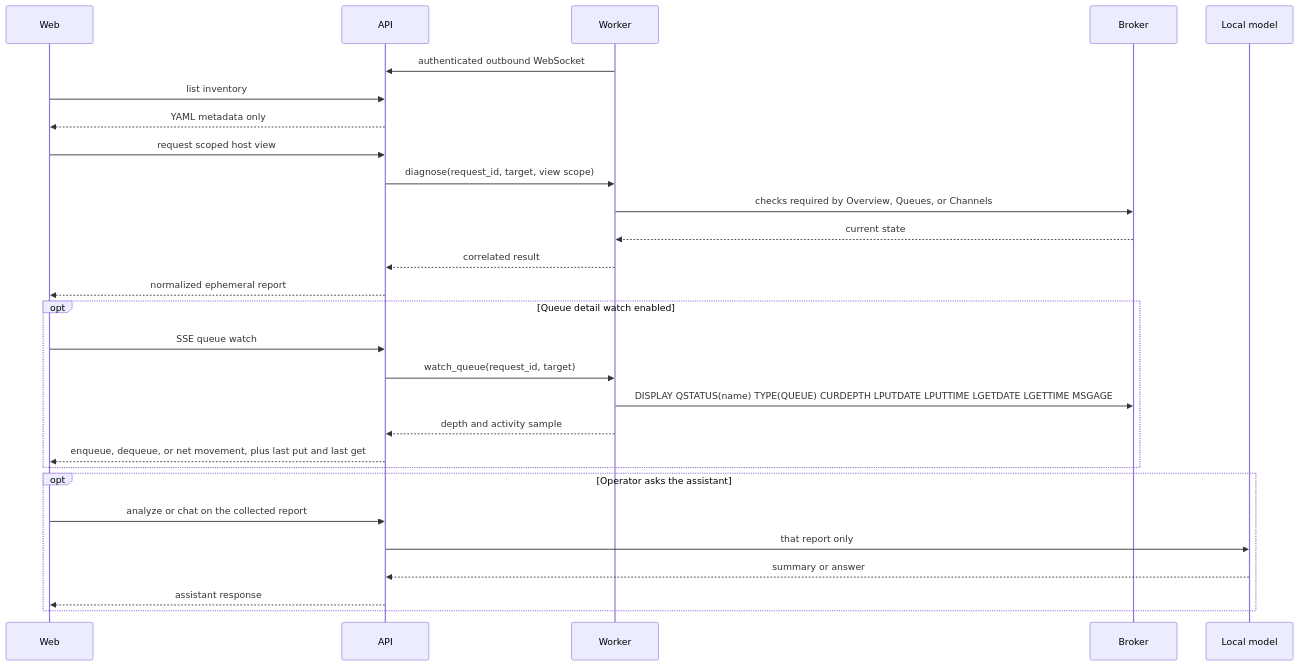
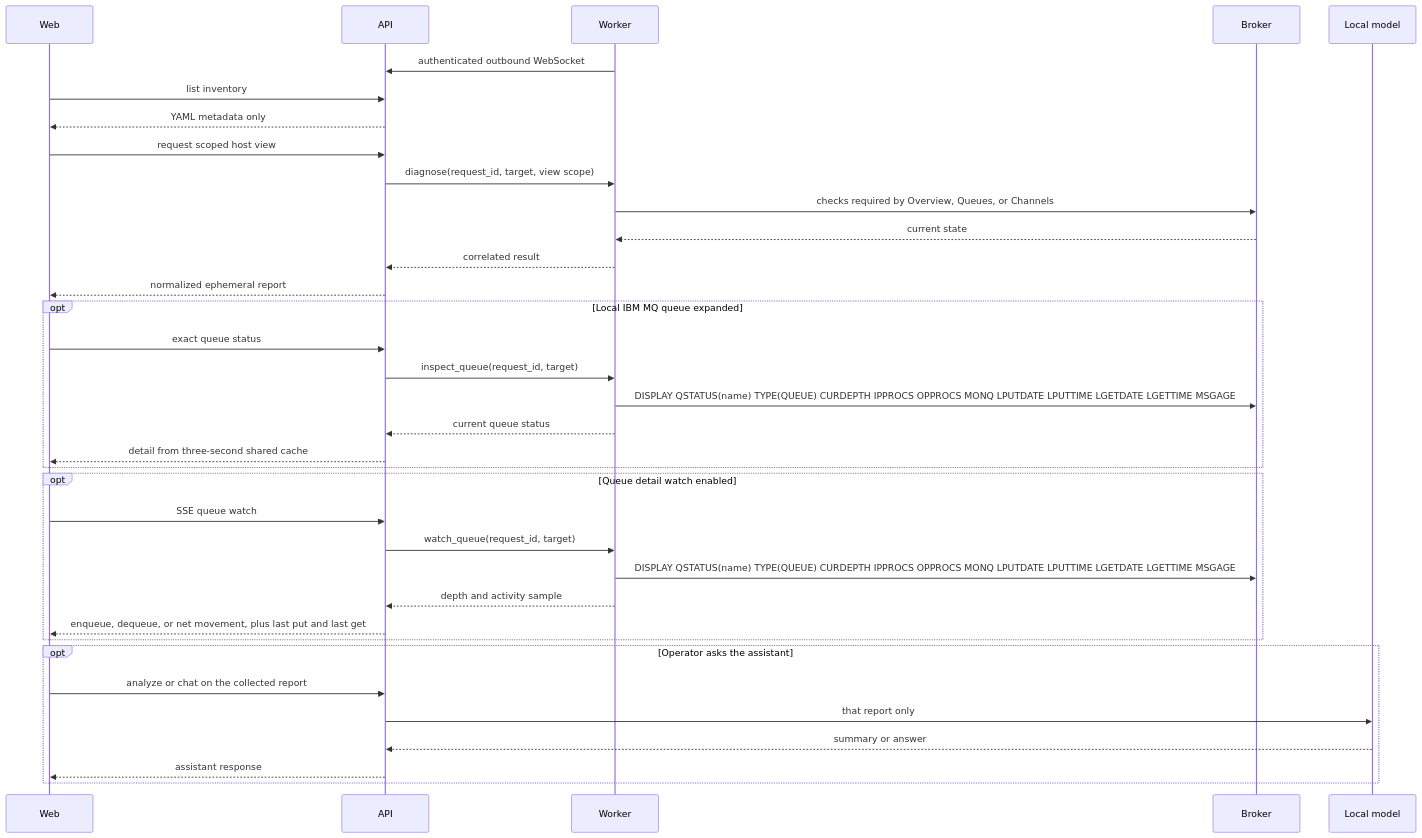
Before and after one commit to mqdeck/mqdeck: the diagram in docs/architecture.md, drawn with Mermaid. The commit also changed other lines of this file and 4 other files, not shown here.

Commit message:
Document scoped IBM MQ queue activity collection

````diff
--- a/docs/architecture.md
+++ b/docs/architecture.md
@@ -5,30 +5,37 @@
 ```mermaid
 sequenceDiagram
     participant Web
     participant API
     participant Worker
     participant Broker
     participant Model as Local model
     Worker->>API: authenticated outbound WebSocket
     Web->>API: list inventory
     API-->>Web: YAML metadata only
     Web->>API: request scoped host view
     API->>Worker: diagnose(request_id, target, view scope)
     Worker->>Broker: checks required by Overview, Queues, or Channels
     Broker-->>Worker: current state
     Worker-->>API: correlated result
     API-->>Web: normalized ephemeral report
+    opt Local IBM MQ queue expanded
+      Web->>API: exact queue status
+      API->>Worker: inspect_queue(request_id, target)
+      Worker->>Broker: DISPLAY QSTATUS(name) TYPE(QUEUE) CURDEPTH IPPROCS OPPROCS MONQ LPUTDATE LPUTTIME LGETDATE LGETTIME MSGAGE
+      Worker-->>API: current queue status
+      API-->>Web: detail from three-second shared cache
+    end
     opt Queue detail watch enabled
       Web->>API: SSE queue watch
       API->>Worker: watch_queue(request_id, target)
-      Worker->>Broker: DISPLAY QSTATUS(name) TYPE(QUEUE) CURDEPTH LPUTDATE LPUTTIME LGETDATE LGETTIME MSGAGE
+      Worker->>Broker: DISPLAY QSTATUS(name) TYPE(QUEUE) CURDEPTH IPPROCS OPPROCS MONQ LPUTDATE LPUTTIME LGETDATE LGETTIME MSGAGE
       Worker-->>API: depth and activity sample
       API-->>Web: enqueue, dequeue, or net movement, plus last put and last get
     end
     opt Operator asks the assistant
       Web->>API: analyze or chat on the collected report
       API->>Model: that report only
       Model-->>API: summary or answer
       API-->>Web: assistant response
     end
 ```
````
